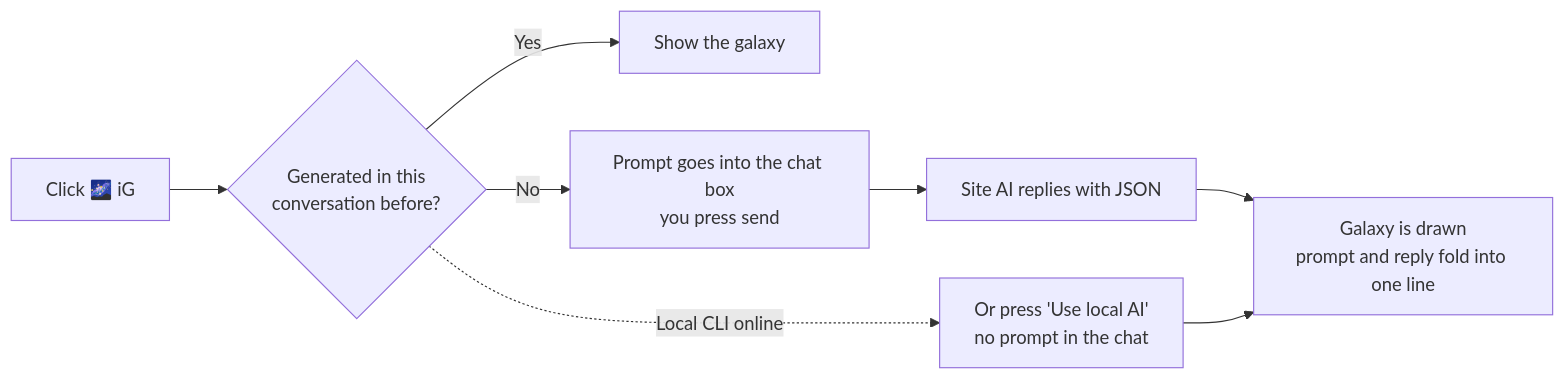
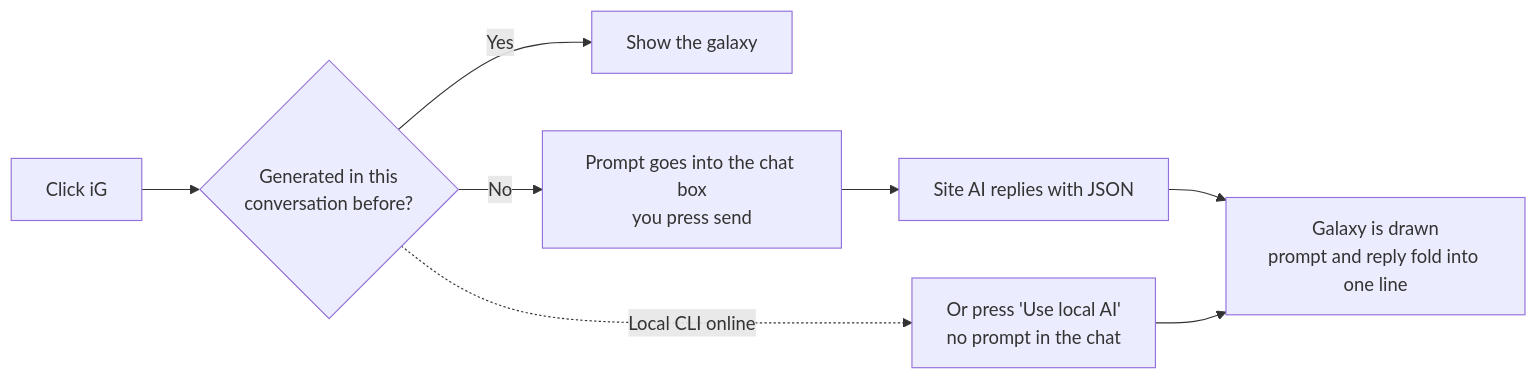
The fourth of 4 diagrams in README.md (stephen-taipei/intent-galaxy), drawn with Mermaid before and after one commit. The commit also changed other lines of this file and 86 other files, not shown here.

````diff
--- a/README.md
+++ b/README.md
@@ -235,10 +235,10 @@
 ```mermaid
 flowchart LR
-    A["Click 🌌 iG"] --> B{"Generated in this<br/>conversation before?"}
+    A["Click iG"] --> B{"Generated in this<br/>conversation before?"}
     B -- Yes --> C["Show the galaxy"]
     B -- No --> D["Prompt goes into the chat box<br/>you press send"]
     D --> E["Site AI replies with JSON"]
     E --> F["Galaxy is drawn<br/>prompt and reply fold into one line"]
     B -. Local CLI online .-> G["Or press 'Use local AI'<br/>no prompt in the chat"]
     G --> F
 ```
````
